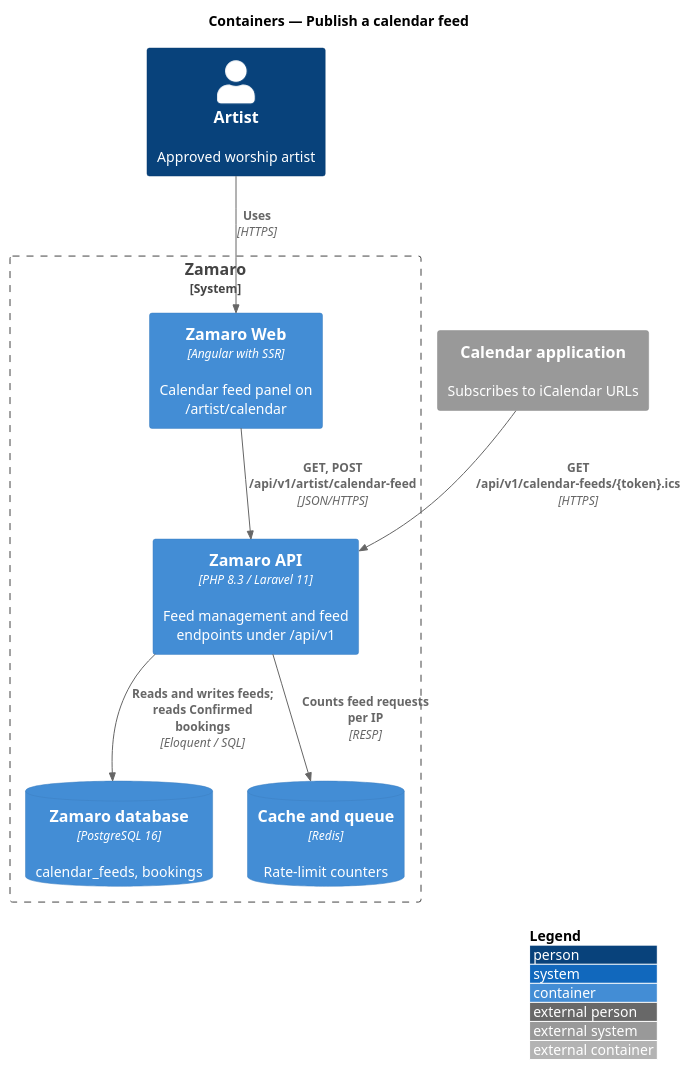
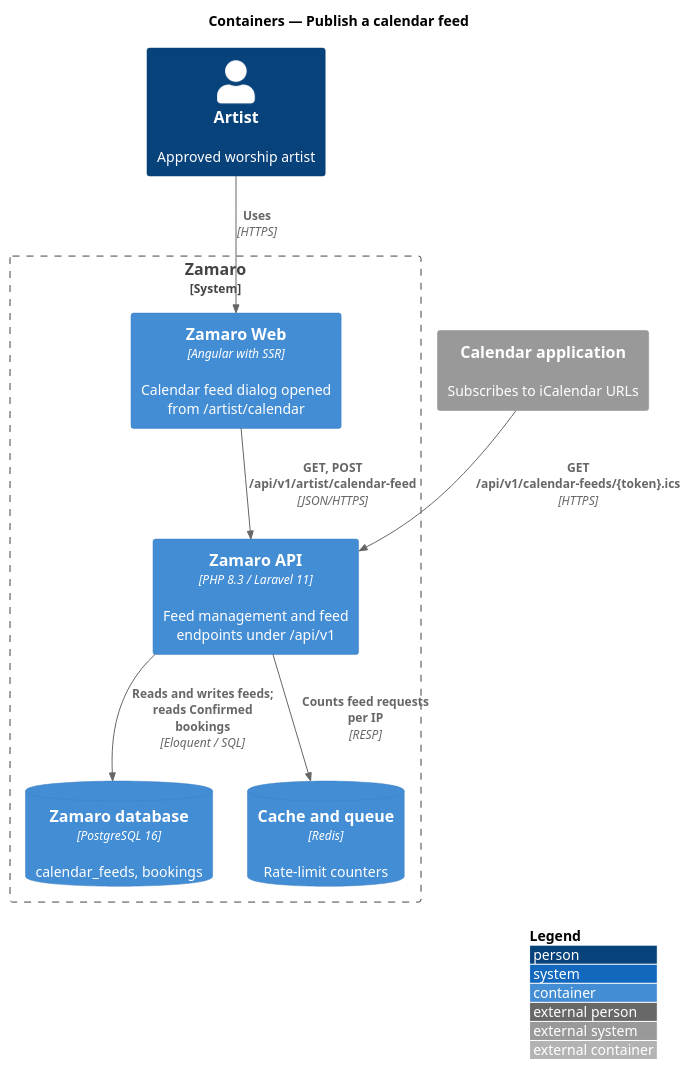
One commit to QuinntyneBrown/zamaro changed the diagram in docs/detailed-designs/artist-availability/publish-calendar-feed/diagrams/c4-container.puml. Above: the diagram before and after it, drawn with PlantUML. The commit also changed 379 other files, not shown here.

```diff
--- a/docs/detailed-designs/artist-availability/publish-calendar-feed/diagrams/c4-container.puml
+++ b/docs/detailed-designs/artist-availability/publish-calendar-feed/diagrams/c4-container.puml
@@ -1,19 +1,19 @@
 @startuml
 !include <C4/C4_Container>
 LAYOUT_WITH_LEGEND()
 title Containers — Publish a calendar feed
 
 Person(artist, "Artist", "Approved worship artist")
 System_Ext(calapp, "Calendar application", "Subscribes to iCalendar URLs")
 System_Boundary(zamaro, "Zamaro") {
-  Container(web, "Zamaro Web", "Angular with SSR", "Calendar feed panel on /artist/calendar")
+  Container(web, "Zamaro Web", "Angular with SSR", "Calendar feed dialog opened from /artist/calendar")
   Container(api, "Zamaro API", "PHP 8.3 / Laravel 11", "Feed management and feed endpoints under /api/v1")
   ContainerDb(db, "Zamaro database", "PostgreSQL 16", "calendar_feeds, bookings")
   ContainerDb(cache, "Cache and queue", "Redis", "Rate-limit counters")
 }
 Rel(artist, web, "Uses", "HTTPS")
 Rel(web, api, "GET, POST /api/v1/artist/calendar-feed", "JSON/HTTPS")
 Rel(calapp, api, "GET /api/v1/calendar-feeds/{token}.ics", "HTTPS")
 Rel(api, db, "Reads and writes feeds; reads Confirmed bookings", "Eloquent / SQL")
 Rel(api, cache, "Counts feed requests per IP", "RESP")
 @enduml
```
